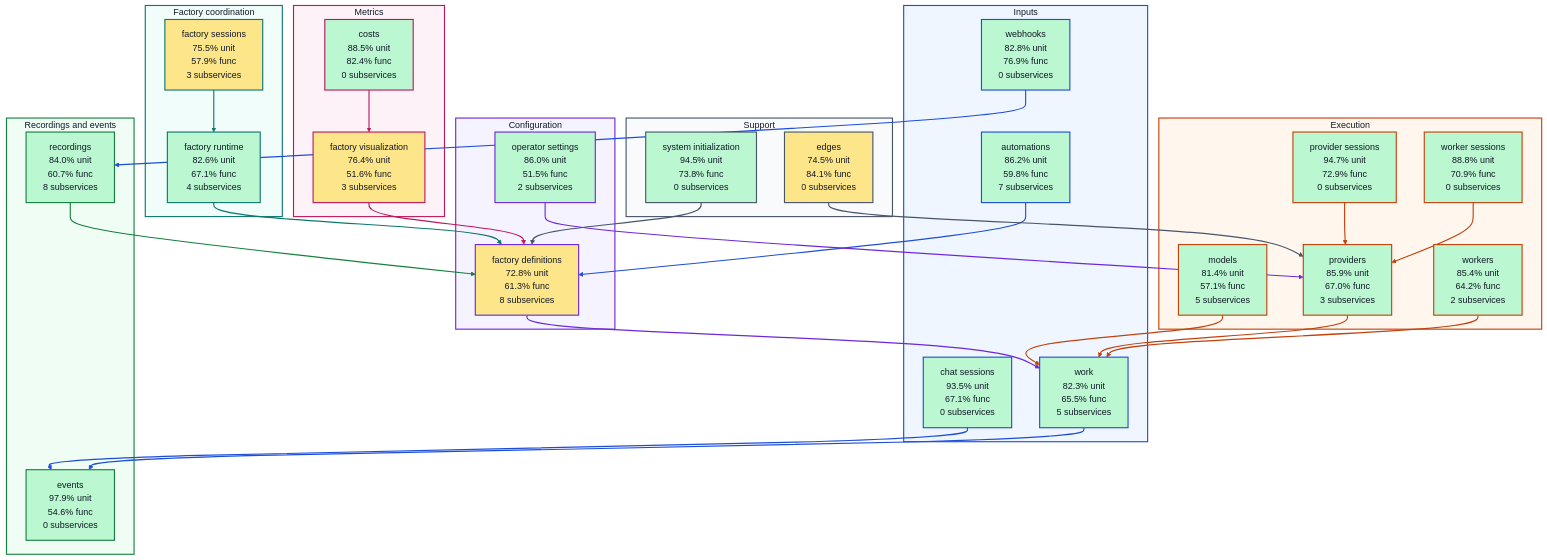
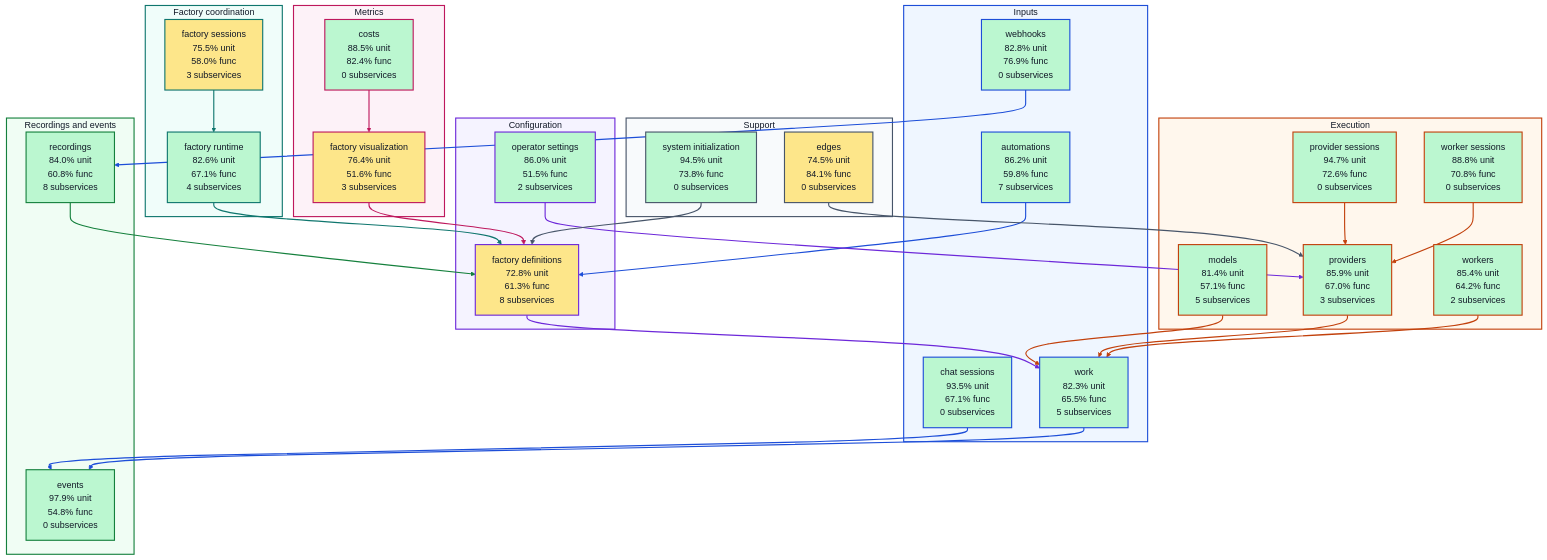
The diagram in docs/architecture/visualizations/high-level-test-coverage.md (portpowered/you-agent-factory), drawn with Mermaid before and after one commit. The commit also changed other lines of this file and 19 other files, not shown here.

Commit message:
docs: refresh backend architecture visualizations

```diff
--- a/docs/architecture/visualizations/high-level-test-coverage.md
+++ b/docs/architecture/visualizations/high-level-test-coverage.md
@@ -22,18 +22,18 @@
   end
   subgraph coordination["Factory coordination"]
     s_services_factory_runtime["factory runtime<br/>82.6% unit<br/>67.1% func<br/>4 subservices"]
-    s_services_factory_sessions["factory sessions<br/>75.5% unit<br/>57.9% func<br/>3 subservices"]
+    s_services_factory_sessions["factory sessions<br/>75.5% unit<br/>58.0% func<br/>3 subservices"]
   end
   subgraph execution["Execution"]
     s_services_models["models<br/>81.4% unit<br/>57.1% func<br/>5 subservices"]
-    s_services_provider_sessions["provider sessions<br/>94.7% unit<br/>72.9% func<br/>0 subservices"]
+    s_services_provider_sessions["provider sessions<br/>94.7% unit<br/>72.6% func<br/>0 subservices"]
     s_services_providers["providers<br/>85.9% unit<br/>67.0% func<br/>3 subservices"]
-    s_services_worker_sessions["worker sessions<br/>88.8% unit<br/>70.9% func<br/>0 subservices"]
+    s_services_worker_sessions["worker sessions<br/>88.8% unit<br/>70.8% func<br/>0 subservices"]
     s_services_workers["workers<br/>85.4% unit<br/>64.2% func<br/>2 subservices"]
   end
   subgraph recordings["Recordings and events"]
-    s_services_events["events<br/>97.9% unit<br/>54.6% func<br/>0 subservices"]
-    s_services_recordings["recordings<br/>84.0% unit<br/>60.7% func<br/>8 subservices"]
+    s_services_events["events<br/>97.9% unit<br/>54.8% func<br/>0 subservices"]
+    s_services_recordings["recordings<br/>84.0% unit<br/>60.8% func<br/>8 subservices"]
   end
   subgraph metrics["Metrics"]
     s_services_costs["costs<br/>88.5% unit<br/>82.4% func<br/>0 subservices"]
```
